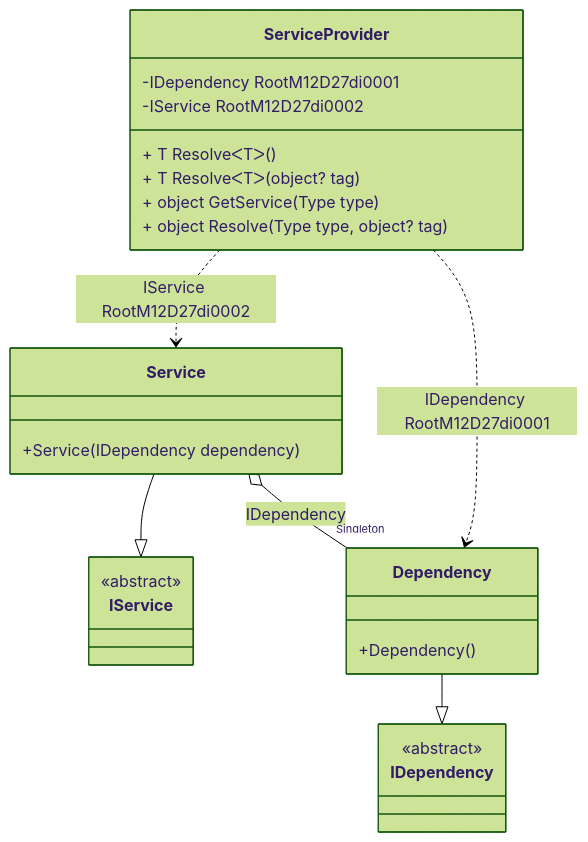
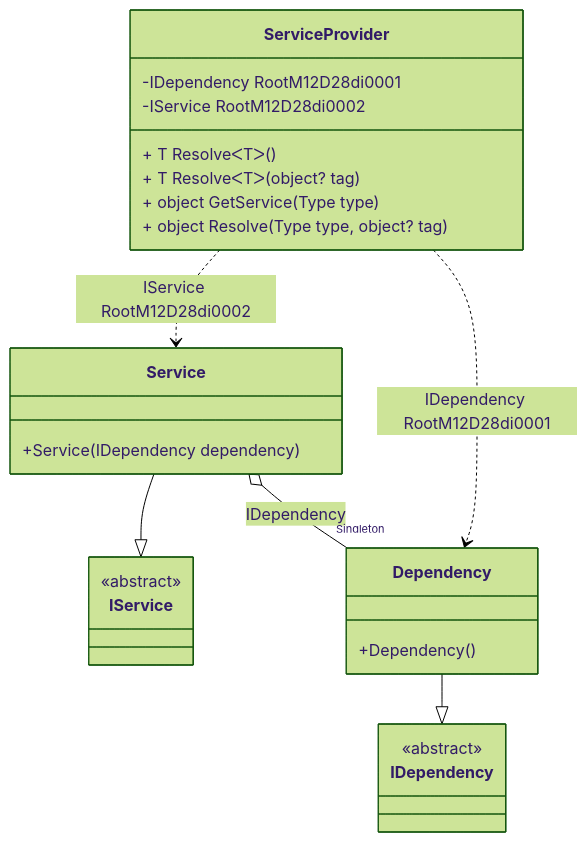
One commit to DevTeam/Pure.DI changed the diagram in readme/service-provider.md. Above: the diagram before and after it, drawn with Mermaid (forest theme). The commit also changed other lines of this file and 77 other files, not shown here.

````diff
--- a/readme/service-provider.md
+++ b/readme/service-provider.md
@@ -46,28 +46,28 @@
 ```mermaid
 classDiagram
   class ServiceProvider {
-    -IDependency RootM12D27di0001
-    -IService RootM12D27di0002
+    -IDependency RootM12D28di0001
+    -IService RootM12D28di0002
     + T ResolveᐸTᐳ()
     + T ResolveᐸTᐳ(object? tag)
     + object GetService(Type type)
     + object Resolve(Type type, object? tag)
   }
   Service --|> IService : 
   class Service {
     +Service(IDependency dependency)
   }
   Dependency --|> IDependency : 
   class Dependency {
     +Dependency()
   }
   class IService {
     <<abstract>>
   }
   class IDependency {
     <<abstract>>
   }
   Service o--  "Singleton" Dependency : IDependency
-  ServiceProvider ..> Dependency : IDependency RootM12D27di0001
-  ServiceProvider ..> Service : IService RootM12D27di0002
+  ServiceProvider ..> Dependency : IDependency RootM12D28di0001
+  ServiceProvider ..> Service : IService RootM12D28di0002
 ```
````
